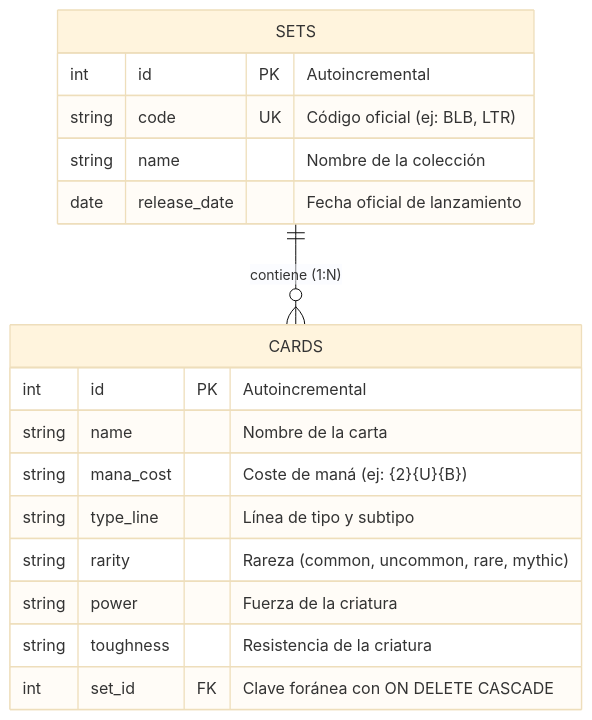
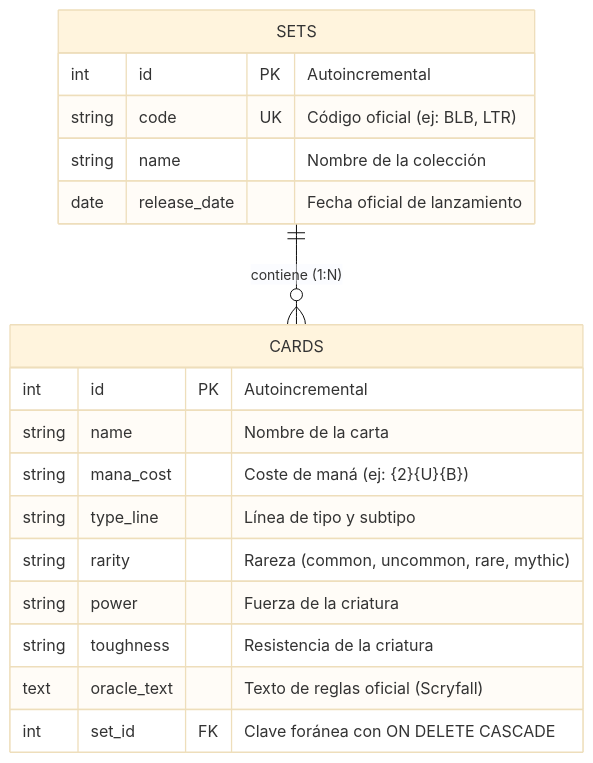
The diagram in README.md (Sazu97/mtg-api-project), drawn with Mermaid (base theme) before and after one commit. The commit also changed other lines of this file, not shown here.

Commit message:
docs: update README with oracle_text auto-enrichment and clean API routes

````diff
--- a/README.md
+++ b/README.md
@@ -61,22 +63,23 @@
 ```mermaid
 erDiagram
     SETS ||--o{ CARDS : "contiene (1:N)"
     
     SETS {
         int id PK "Autoincremental"
         string code UK "Código oficial (ej: BLB, LTR)"
         string name "Nombre de la colección"
         date release_date "Fecha oficial de lanzamiento"
     }
 
     CARDS {
         int id PK "Autoincremental"
         string name "Nombre de la carta"
         string mana_cost "Coste de maná (ej: {2}{U}{B})"
         string type_line "Línea de tipo y subtipo"
         string rarity "Rareza (common, uncommon, rare, mythic)"
         string power "Fuerza de la criatura"
         string toughness "Resistencia de la criatura"
+        text oracle_text "Texto de reglas oficial (Scryfall)"
         int set_id FK "Clave foránea con ON DELETE CASCADE"
     }
 ```
````
